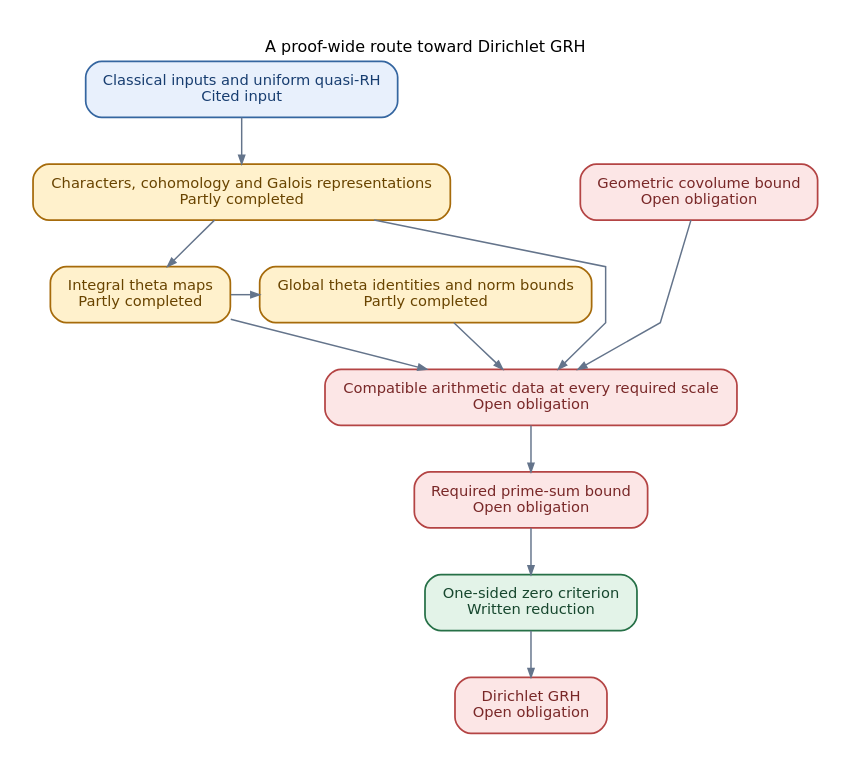
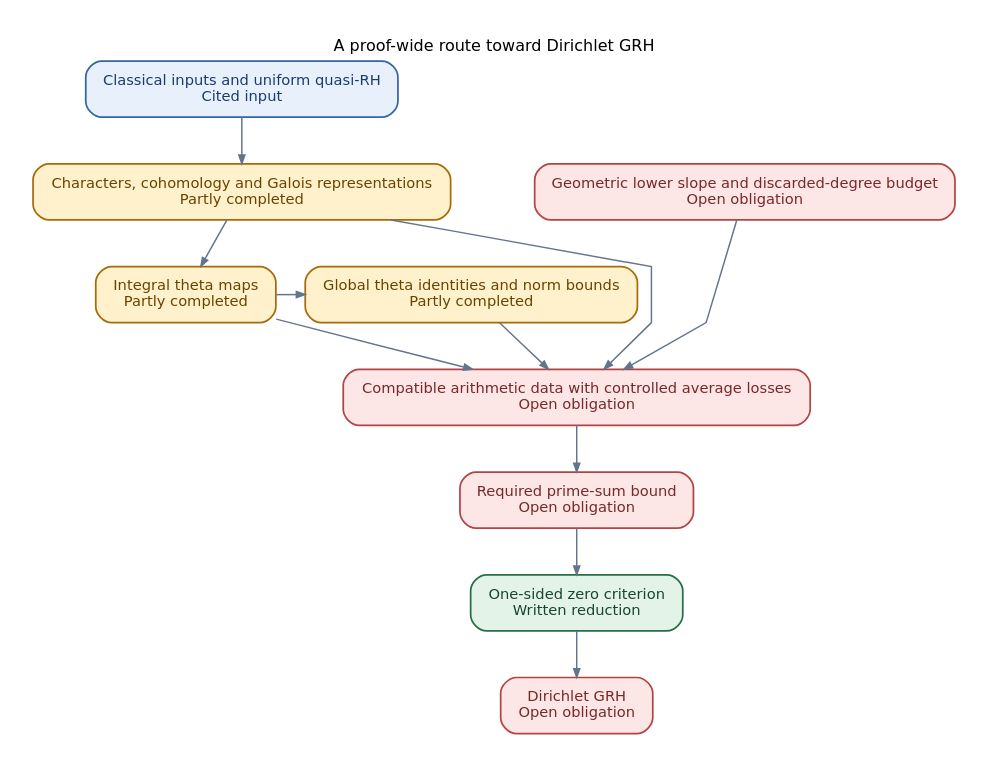
Before and after one commit to JoseBrox/GRH_distillation: the diagram in blueprint/overview.dot, drawn with Graphviz. The commit also changed 53 other files, not shown here.

Commit message:
Adopt classical Galois input and reduce arithmetic and covolume targets

```diff
--- a/blueprint/overview.dot
+++ b/blueprint/overview.dot
@@ -1,28 +1,28 @@
 digraph proof {
 graph [rankdir=TB, bgcolor="white", pad="0.24", nodesep="0.30", ranksep="0.48",
   fontname="DejaVu Sans", fontsize=12, labelloc=t, label="A proof-wide route toward Dirichlet GRH", splines=polyline];
 node [shape=box, style="rounded,filled", fontname="DejaVu Sans", fontsize=11,
   margin="0.18,0.12", penwidth=1.3];
 edge [color="#64748B", penwidth=1.1, arrowsize=0.65];
 "inputs" [label="Classical inputs and uniform quasi-RH\nCited input", fillcolor="#E8F0FC", color="#3566A0", fontcolor="#173D70"];
 "arithmetic" [label="Characters, cohomology and Galois representations\nPartly completed", fillcolor="#FFF1CC", color="#A66B0B", fontcolor="#694400"];
 "theta" [label="Integral theta maps\nPartly completed", fillcolor="#FFF1CC", color="#A66B0B", fontcolor="#694400"];
-"geometry" [label="Geometric covolume bound\nOpen obligation", fillcolor="#FCE6E6", color="#B44444", fontcolor="#792828"];
+"geometry" [label="Geometric lower slope and discarded-degree budget\nOpen obligation", fillcolor="#FCE6E6", color="#B44444", fontcolor="#792828"];
 "global_norms" [label="Global theta identities and norm bounds\nPartly completed", fillcolor="#FFF1CC", color="#A66B0B", fontcolor="#694400"];
-"compatible" [label="Compatible arithmetic data at every required scale\nOpen obligation", fillcolor="#FCE6E6", color="#B44444", fontcolor="#792828"];
+"compatible" [label="Compatible arithmetic data with controlled average losses\nOpen obligation", fillcolor="#FCE6E6", color="#B44444", fontcolor="#792828"];
 "bound" [label="Required prime-sum bound\nOpen obligation", fillcolor="#FCE6E6", color="#B44444", fontcolor="#792828"];
 "criterion" [label="One-sided zero criterion\nWritten reduction", fillcolor="#E3F3E8", color="#267047", fontcolor="#17472E"];
 "grh" [label="Dirichlet GRH\nOpen obligation", fillcolor="#FCE6E6", color="#B44444", fontcolor="#792828"];
 "inputs" -> "arithmetic";
 "arithmetic" -> "theta";
 "theta" -> "global_norms";
 "arithmetic" -> "compatible";
 "theta" -> "compatible";
 "geometry" -> "compatible";
 "global_norms" -> "compatible";
 "compatible" -> "bound";
 "bound" -> "criterion";
 "criterion" -> "grh";
 {rank=same; "arithmetic"; "geometry";}
 {rank=same; "theta"; "global_norms";}
 }
```
